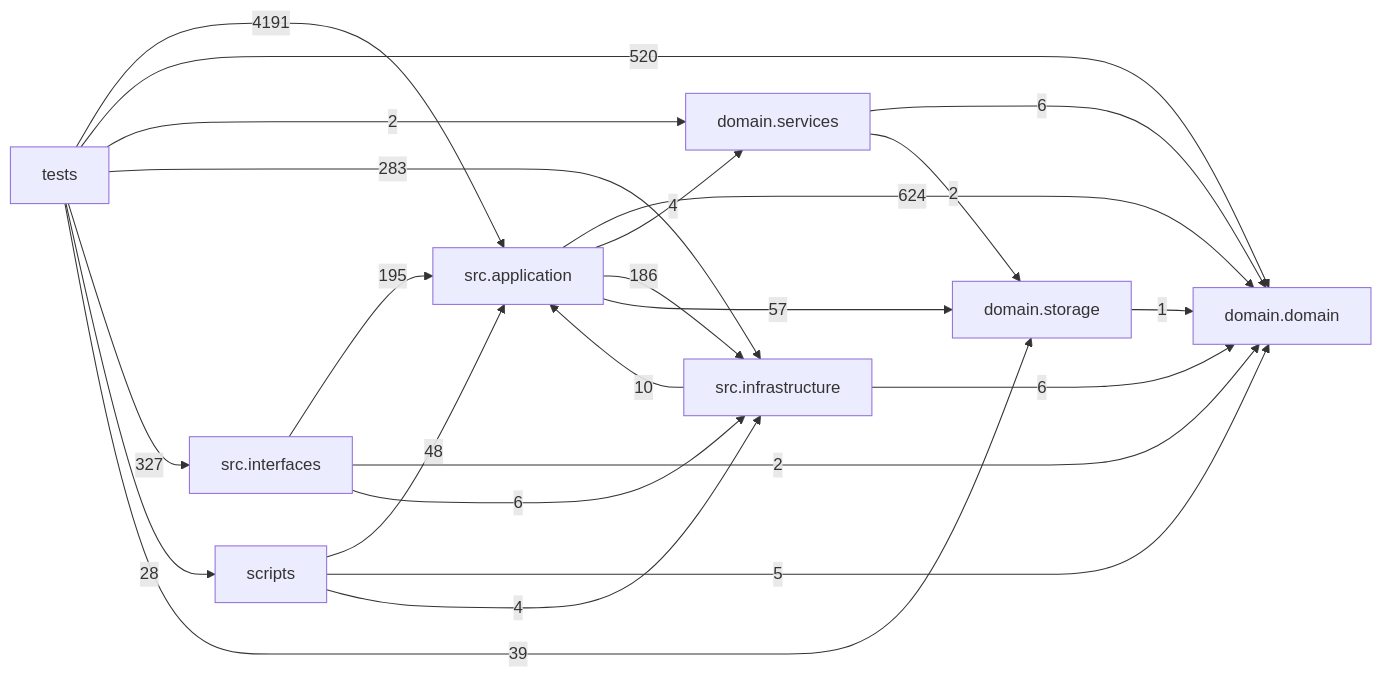
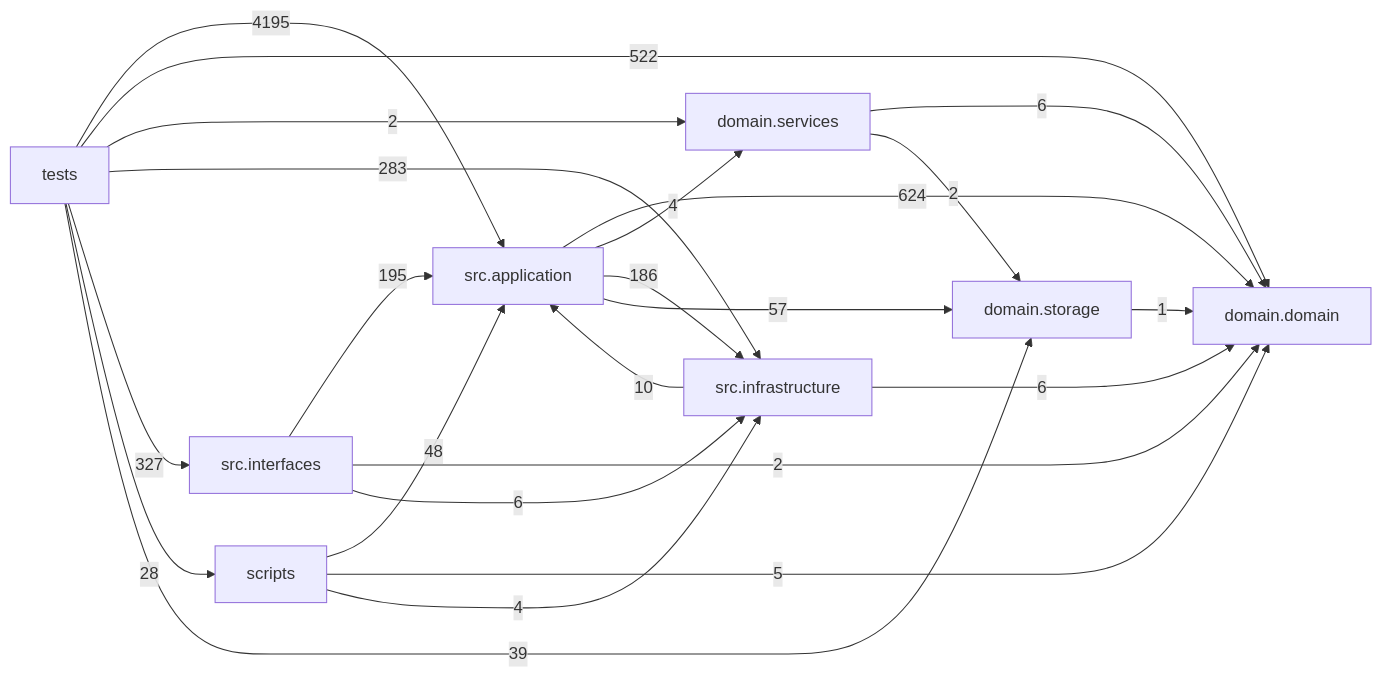
The diagram in docs/DEPENDENCY_GRAPH.md (liuxie066/options-monitor), drawn with Mermaid before and after one commit. The commit also changed other lines of this file and 5 other files, not shown here.

````diff
--- a/docs/DEPENDENCY_GRAPH.md
+++ b/docs/DEPENDENCY_GRAPH.md
@@ -24,33 +24,33 @@
 ```mermaid
 flowchart LR
   tests["tests"]
   scripts["scripts"]
   interfaces["src.interfaces"]
   application["src.application"]
   infrastructure["src.infrastructure"]
   domain_services["domain.services"]
   domain["domain.domain"]
   storage["domain.storage"]
   application -->|624| domain
   application -->|4| domain_services
   application -->|186| infrastructure
   application -->|57| storage
   domain_services -->|6| domain
   domain_services -->|2| storage
   infrastructure -->|10| application
   infrastructure -->|6| domain
   interfaces -->|195| application
   interfaces -->|2| domain
   interfaces -->|6| infrastructure
   scripts -->|48| application
   scripts -->|5| domain
   scripts -->|4| infrastructure
   storage -->|1| domain
-  tests -->|4191| application
-  tests -->|520| domain
+  tests -->|4195| application
+  tests -->|522| domain
   tests -->|2| domain_services
   tests -->|283| infrastructure
   tests -->|327| interfaces
   tests -->|28| scripts
   tests -->|39| storage
 ```
````
